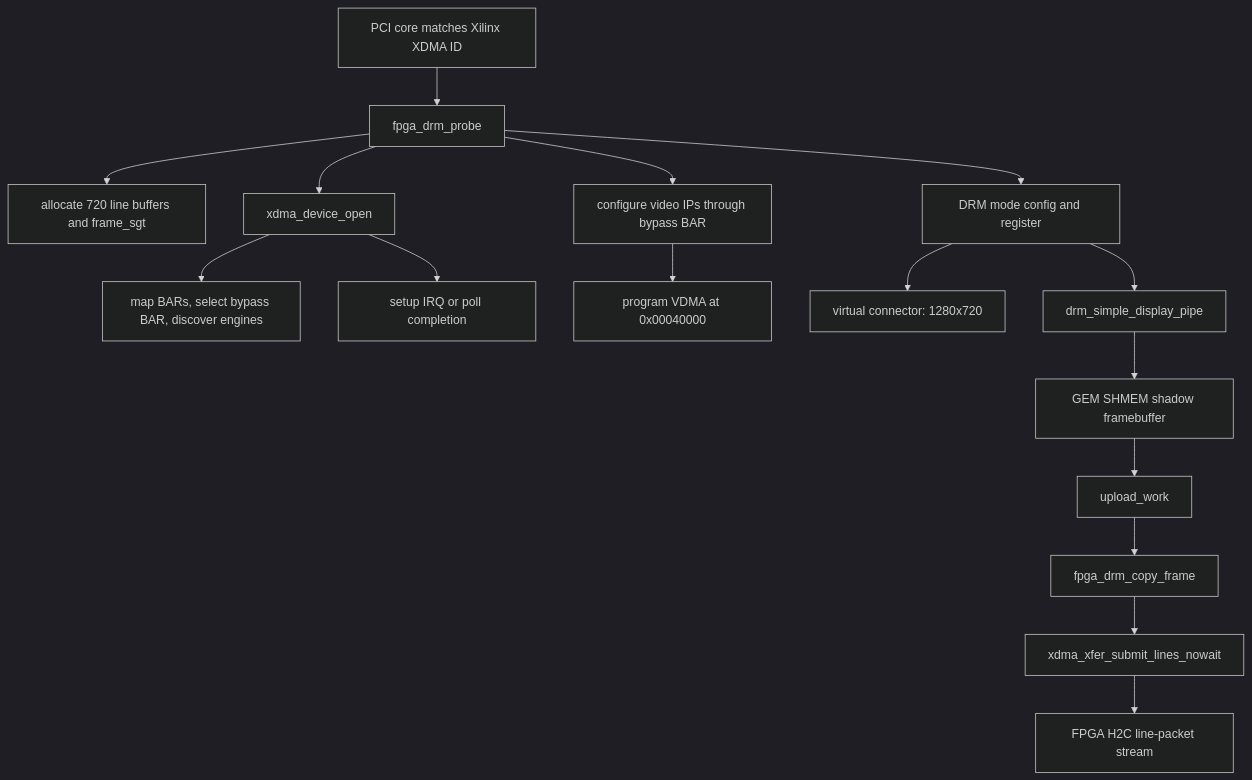
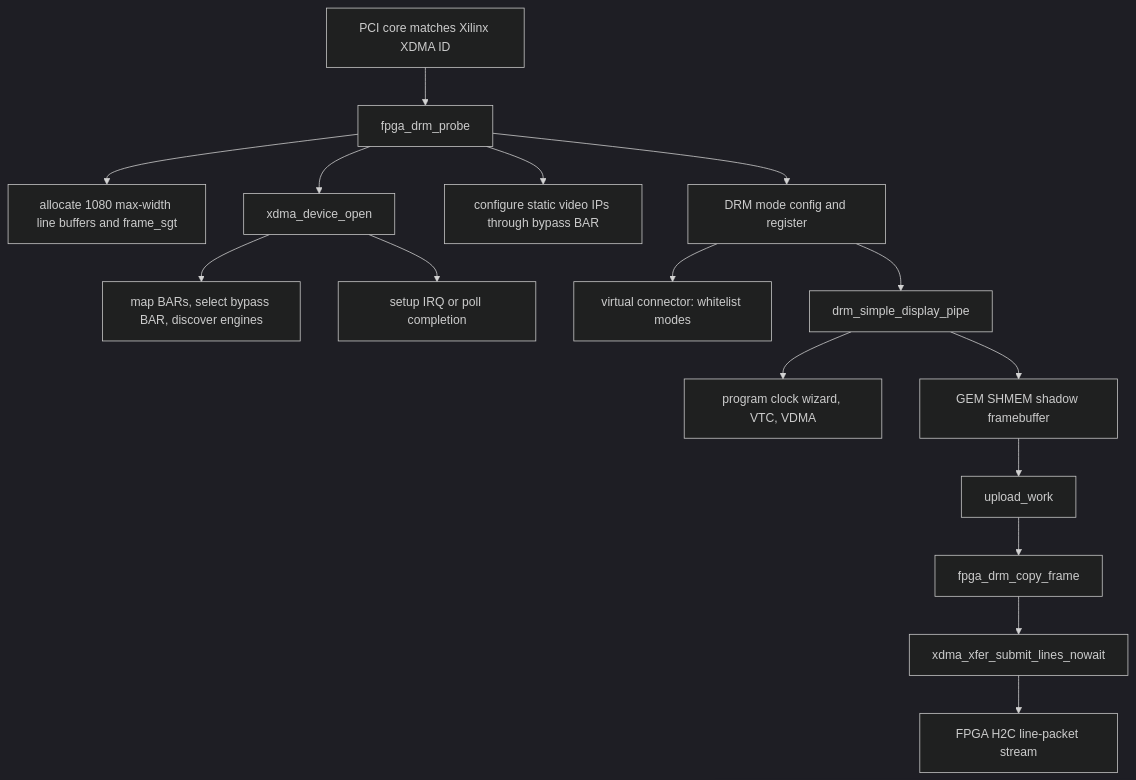
Before and after one commit to alpkoyun/Simple-Display-Controller: the diagram in doc/Linux_DRM_Driver_AI_GEN_documents/driver_architecture.md, drawn with Mermaid (dark theme). The commit also changed other lines of this file and 19 other files, not shown here.

````diff
--- a/doc/Linux_DRM_Driver_AI_GEN_documents/driver_architecture.md
+++ b/doc/Linux_DRM_Driver_AI_GEN_documents/driver_architecture.md
@@ -74,18 +76,18 @@
 ```mermaid
 flowchart TD
     PCI[PCI core matches Xilinx XDMA ID] --> Probe[fpga_drm_probe]
-    Probe --> Buffers[allocate 720 line buffers and frame_sgt]
+    Probe --> Buffers[allocate 1080 max-width line buffers and frame_sgt]
     Probe --> XDMA[xdma_device_open]
     XDMA --> BAR[map BARs, select bypass BAR, discover engines]
     XDMA --> IRQ[setup IRQ or poll completion]
-    Probe --> VP[configure video IPs through bypass BAR]
-    VP --> VDMA[program VDMA at 0x00040000]
+    Probe --> VP[configure static video IPs through bypass BAR]
     Probe --> DRM[DRM mode config and register]
-    DRM --> Conn[virtual connector: 1280x720]
+    DRM --> Conn[virtual connector: whitelist modes]
     DRM --> Pipe[drm_simple_display_pipe]
+    Pipe --> Modeset[program clock wizard, VTC, VDMA]
     Pipe --> Shadow[GEM SHMEM shadow framebuffer]
     Shadow --> Work[upload_work]
     Work --> Copy[fpga_drm_copy_frame]
     Copy --> Submit[xdma_xfer_submit_lines_nowait]
     Submit --> FPGA[FPGA H2C line-packet stream]
 ```
````
